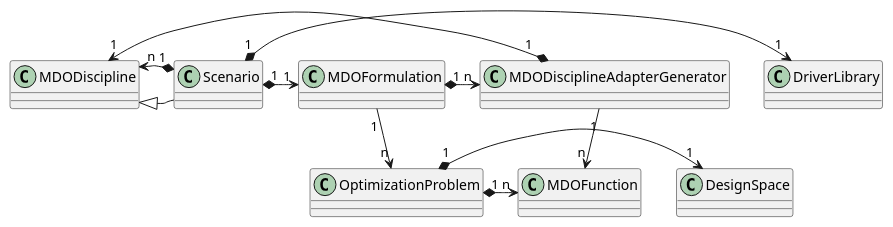
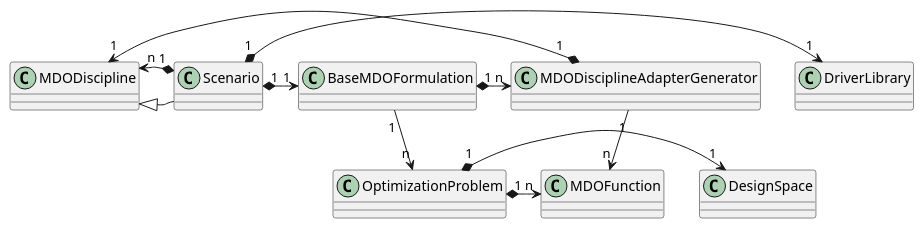
One commit to gemseo/gemseo changed the second of 5 diagrams in doc_src/software/system_architecture.rst. Above: the diagram before and after it, drawn with PlantUML. The commit also changed other lines of this file and 39 other files, not shown here.

```diff
--- a/doc_src/software/system_architecture.rst
+++ b/doc_src/software/system_architecture.rst
@@ -253,31 +253,31 @@
 .. uml::
 
    @startuml
    class Scenario {
    }
    class MDODiscipline {
    }
-   class MDOFormulation {
+   class BaseMDOFormulation {
    }
    class OptimizationProblem {
    }
    class DesignSpace {
    }
    class MDODisciplineAdapterGenerator {
    }
    class MDOFunction {
    }
    class DriverLibrary {
    }
 
    MDODiscipline <|- Scenario
    Scenario "1" *-> "n" MDODiscipline
-   Scenario "1" *-> "1" MDOFormulation
-   MDOFormulation "1" --> "n" OptimizationProblem
+   Scenario "1" *-> "1" BaseMDOFormulation
+   BaseMDOFormulation "1" --> "n" OptimizationProblem
    MDODisciplineAdapterGenerator "1" --> "n" MDOFunction
    MDODisciplineAdapterGenerator "1" *-> "1" MDODiscipline
    Scenario "1" *-> "1" DriverLibrary
    OptimizationProblem "1" *-> "1" DesignSpace
    OptimizationProblem "1" *-> "n" MDOFunction
-   MDOFormulation "1" *-> "n" MDODisciplineAdapterGenerator
+   BaseMDOFormulation "1" *-> "n" MDODisciplineAdapterGenerator
    @end uml
```
